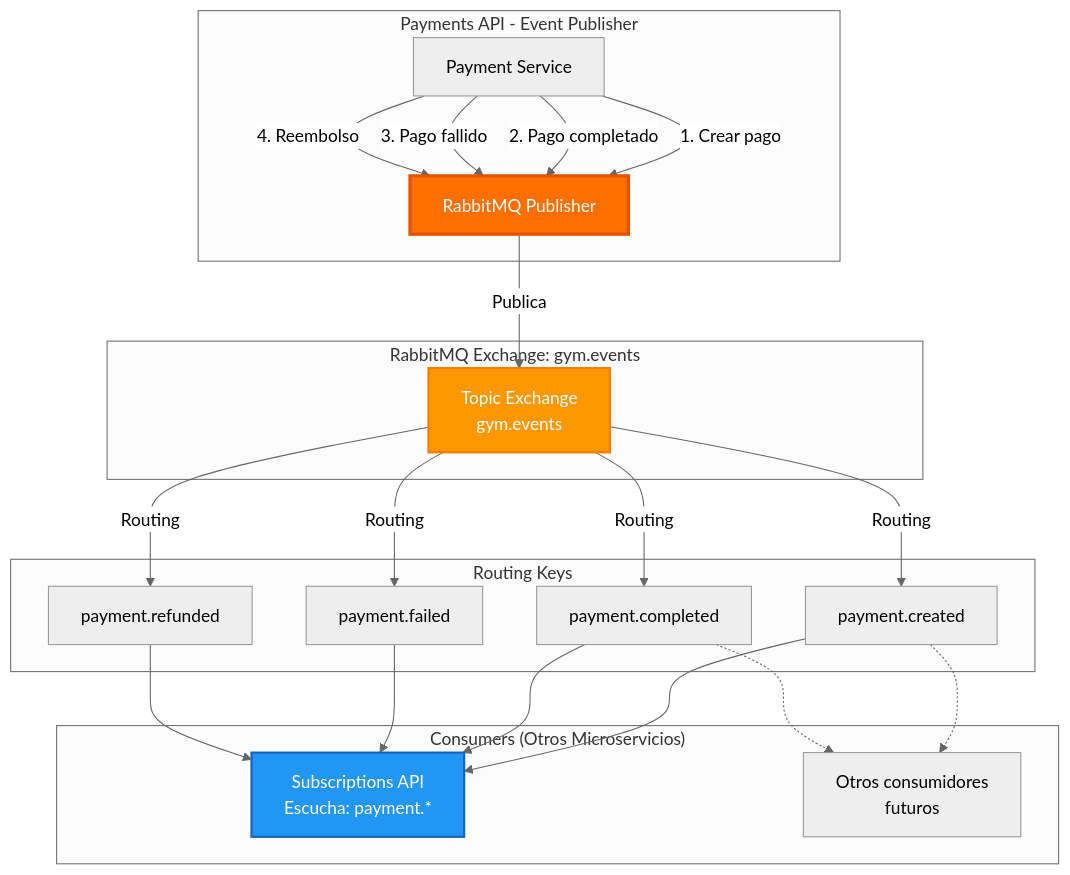
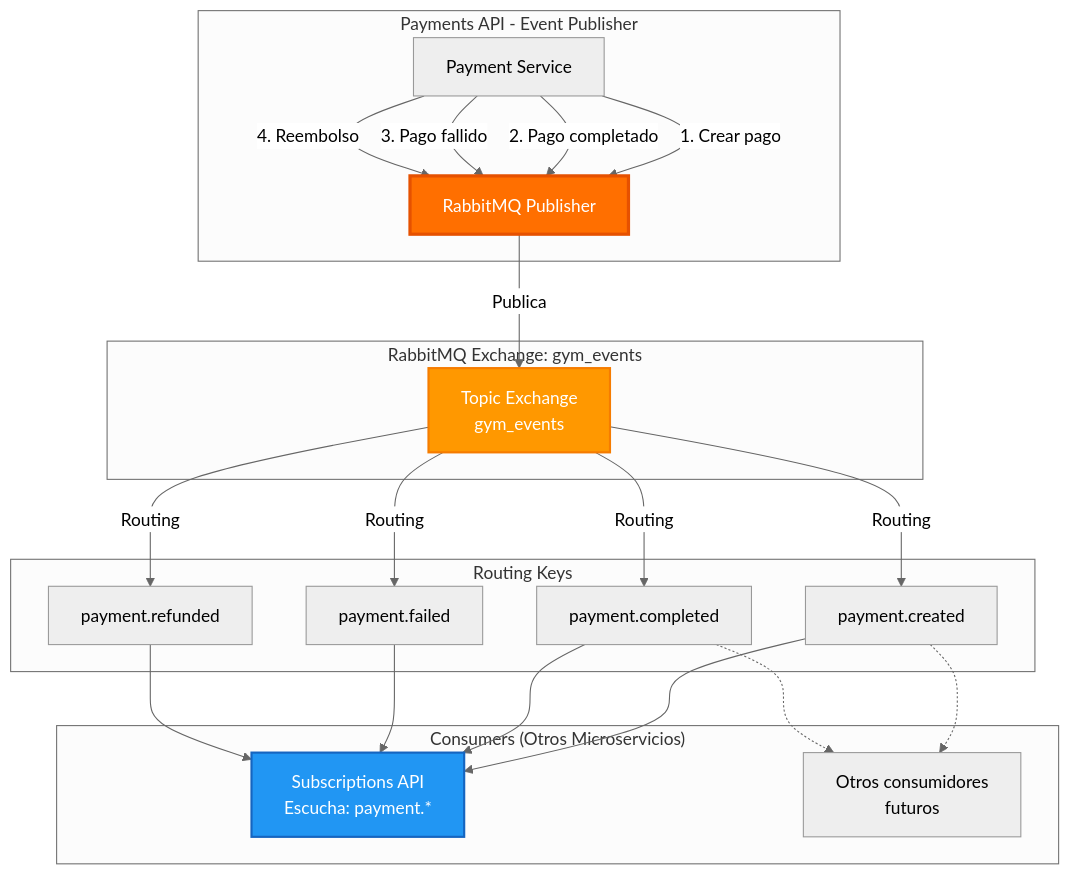
Before and after one commit to franco2355/ivo: the fourth of 5 diagrams in backend/payments-api/DIAGRAMA_ARQUITECTURA.md, drawn with Mermaid (neutral theme). The commit also changed other lines of this file and 59 other files, not shown here.

````diff
--- a/backend/payments-api/DIAGRAMA_ARQUITECTURA.md
+++ b/backend/payments-api/DIAGRAMA_ARQUITECTURA.md
@@ -144,47 +144,47 @@
 ```mermaid
 graph TD
     subgraph "Payments API - Event Publisher"
         SERVICE[Payment Service]
         PUB[RabbitMQ Publisher]
     end
 
-    subgraph "RabbitMQ Exchange: gym.events"
-        EXCHANGE[Topic Exchange<br/>gym.events]
+    subgraph "RabbitMQ Exchange: gym_events"
+        EXCHANGE[Topic Exchange<br/>gym_events]
     end
 
     subgraph "Routing Keys"
         RK1[payment.created]
         RK2[payment.completed]
         RK3[payment.failed]
         RK4[payment.refunded]
     end
 
     subgraph "Consumers (Otros Microservicios)"
         SUBS_CONSUMER[Subscriptions API<br/>Escucha: payment.*]
         OTHER[Otros consumidores<br/>futuros]
     end
 
     SERVICE -->|1. Crear pago| PUB
     SERVICE -->|2. Pago completado| PUB
     SERVICE -->|3. Pago fallido| PUB
     SERVICE -->|4. Reembolso| PUB
 
     PUB -->|Publica| EXCHANGE
 
     EXCHANGE -->|Routing| RK1
     EXCHANGE -->|Routing| RK2
     EXCHANGE -->|Routing| RK3
     EXCHANGE -->|Routing| RK4
 
     RK1 --> SUBS_CONSUMER
     RK2 --> SUBS_CONSUMER
     RK3 --> SUBS_CONSUMER
     RK4 --> SUBS_CONSUMER
 
     RK1 -.-> OTHER
     RK2 -.-> OTHER
 
     style PUB fill:#FF6F00,stroke:#E65100,stroke-width:3px,color:#fff
     style EXCHANGE fill:#FF9800,stroke:#F57C00,stroke-width:2px,color:#fff
     style SUBS_CONSUMER fill:#2196F3,stroke:#1565C0,stroke-width:2px,color:#fff
 ```
````
